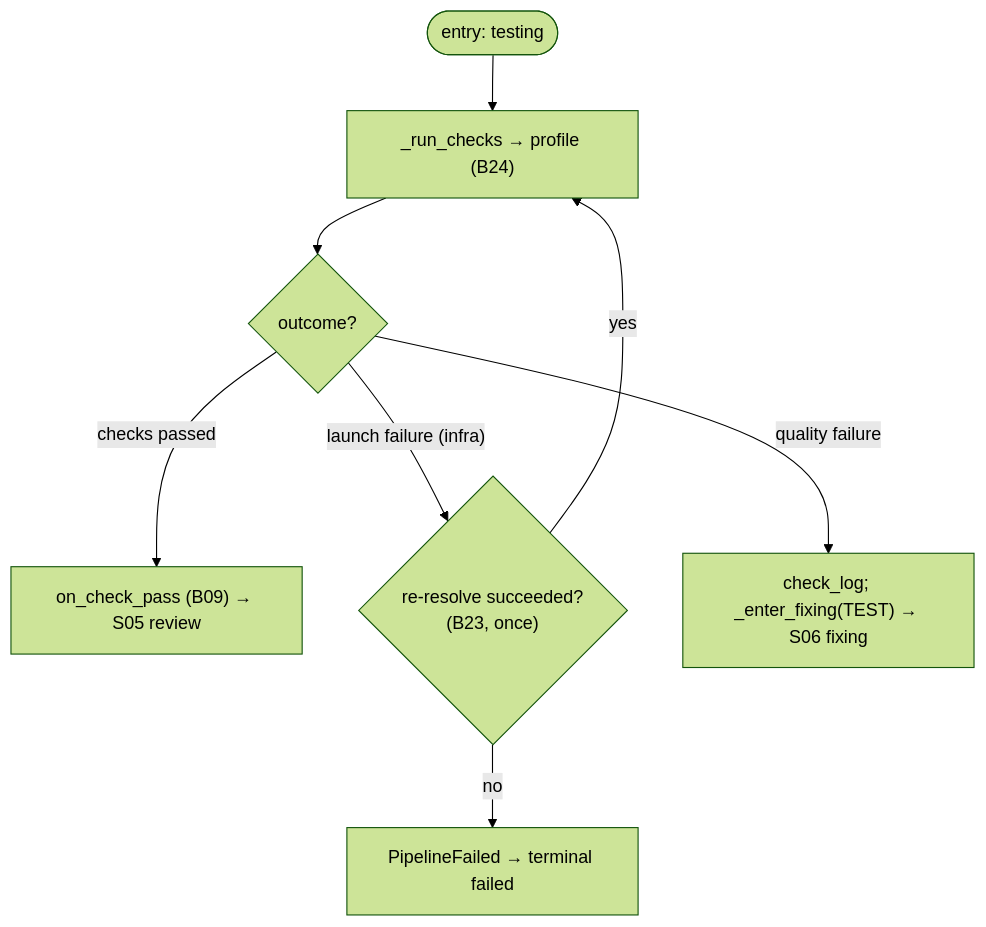
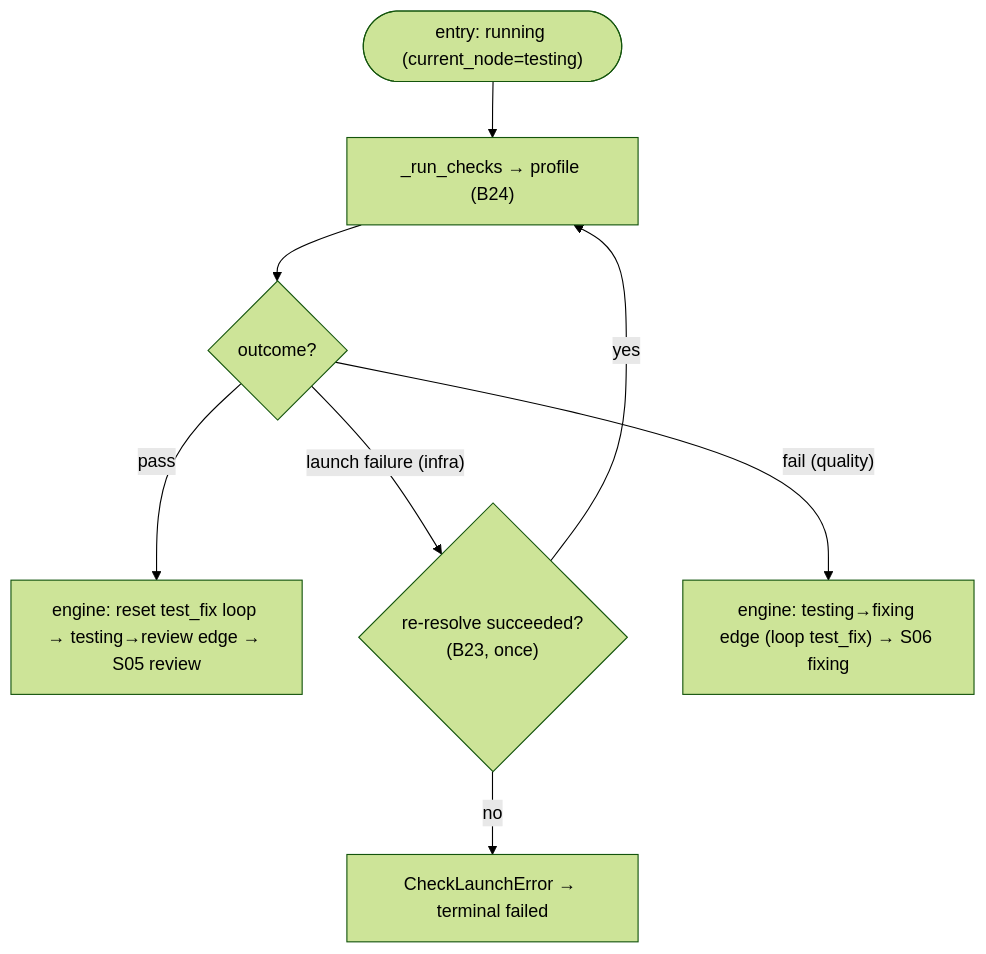
One commit to VladimirMakarevich/wastech-orchestrator changed the diagram in docs/functional/flows/coding/S04-testing.md. Above: the diagram before and after it, drawn with Mermaid (forest theme). The commit also changed other lines of this file and 31 other files, not shown here.

````diff
--- a/docs/functional/flows/coding/S04-testing.md
+++ b/docs/functional/flows/coding/S04-testing.md
@@ -38,10 +36,10 @@
 ```mermaid
 flowchart TB
-    start(["entry: testing"]) --> run["_run_checks → profile (B24)"]
+    start(["entry: running (current_node=testing)"]) --> run["_run_checks → profile (B24)"]
     run --> r{"outcome?"}
-    r -->|checks passed| pass["on_check_pass (B09) → S05 review"]
+    r -->|"pass"| pass["engine: reset test_fix loop → testing→review edge → S05 review"]
     r -->|"launch failure (infra)"| rr{"re-resolve succeeded?<br/>(B23, once)"}
     rr -->|yes| run
-    rr -->|no| fail["PipelineFailed → terminal failed"]
-    r -->|quality failure| fix["check_log; _enter_fixing(TEST) → S06 fixing"]
+    rr -->|no| fail["CheckLaunchError → terminal failed"]
+    r -->|"fail (quality)"| fix["engine: testing→fixing edge (loop test_fix) → S06 fixing"]
 ```
````
